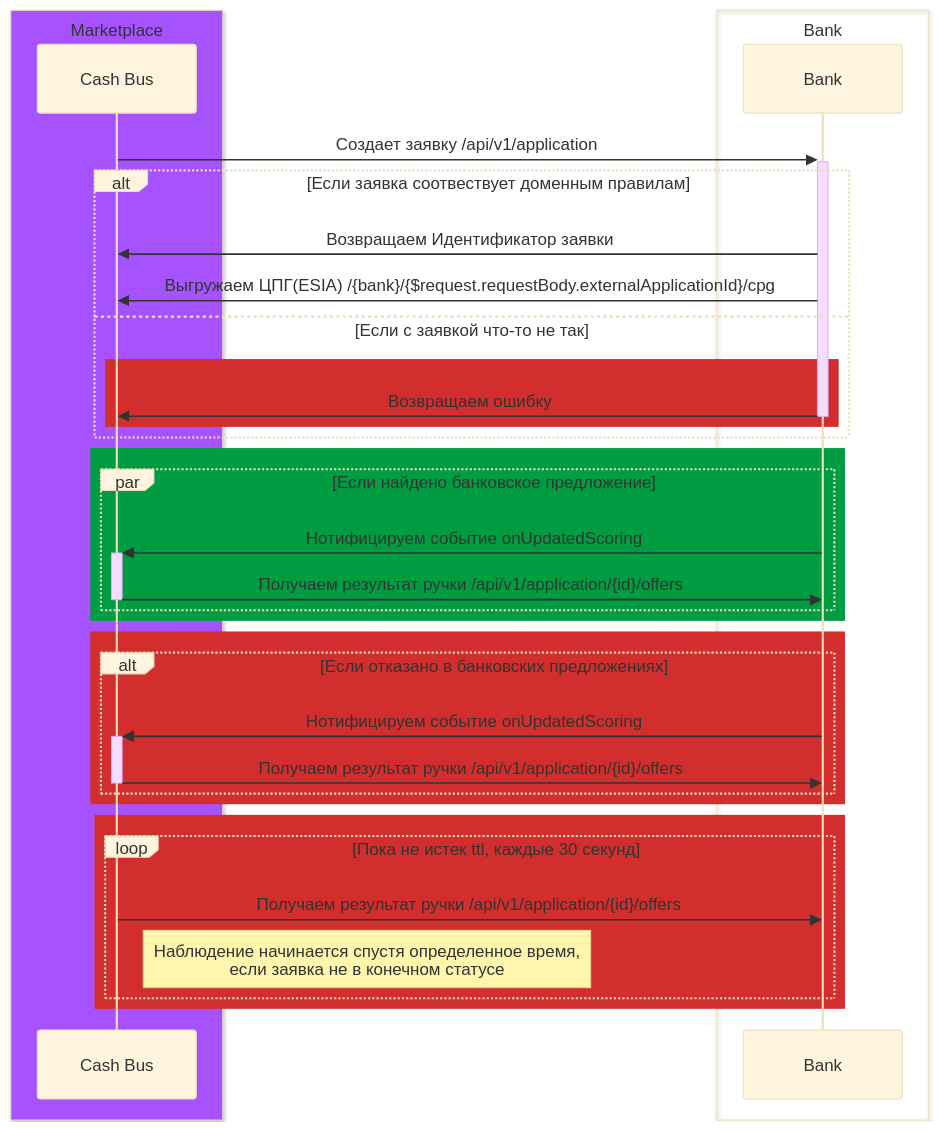
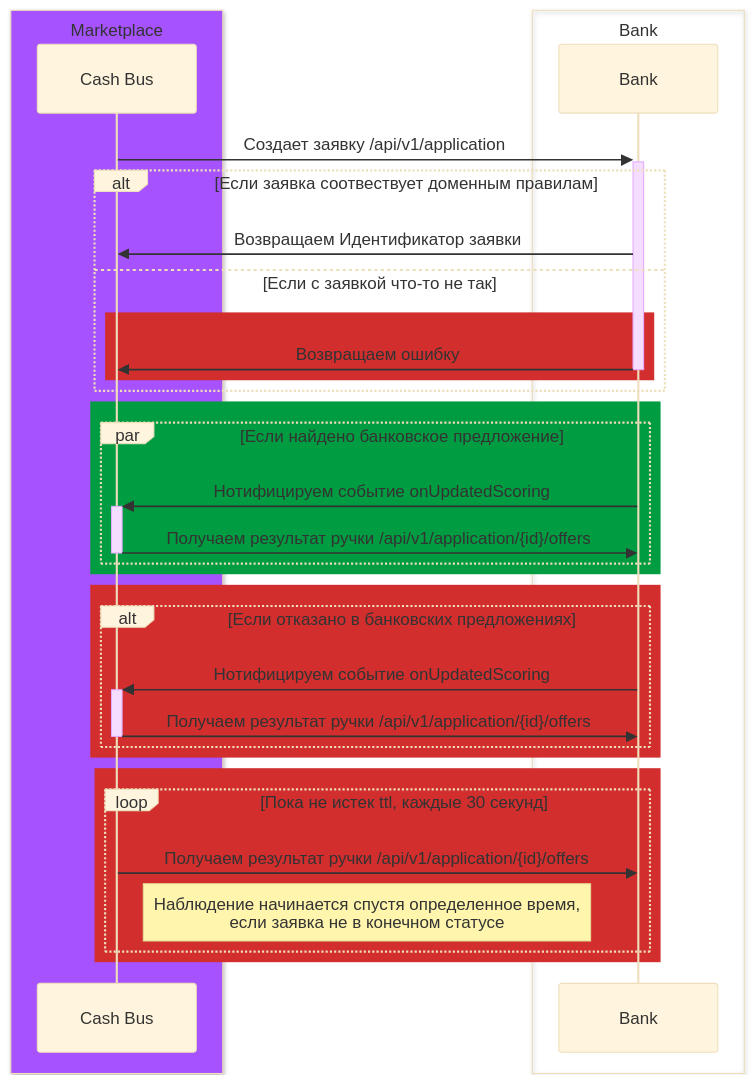
The first of 2 diagrams in workflow.md (VantaFinance/cash), drawn with Mermaid (base theme) before and after one commit. The commit also changed 2 other files, not shown here.

Commit message:
Update docs bank

````diff
--- a/workflow.md
+++ b/workflow.md
@@ -10,52 +10,51 @@
 ```mermaid
 sequenceDiagram
     
 box rgb(166,83, 266) Marketplace
     participant Cash Bus
 end
 
 box Bank
     participant Bank
 end
 
 
 
 Cash Bus->>+ Bank : Создает заявку /api/v1/application
 alt Если заявка соотвествует доменным правилам
     Bank->>Cash Bus: Возвращаем Идентификатор заявки
-    Bank->>Cash Bus: Выгружаем ЦПГ(ESIA) /{bank}/{$request.requestBody.externalApplicationId}/cpg
 else Если с заявкой что-то не так
     rect rgb(210, 46,46)
         Bank->>-Cash Bus: Возвращаем ошибку 
     end
 end
 
 
 
 rect rgb(0, 156, 65)
     par Если найдено банковское предложение
         Bank->>+Cash Bus: Нотифицируем событие onUpdatedScoring
         Cash Bus->>-Bank: Получаем результат ручки /api/v1/application/{id}/offers
     end
 end
 
 
 rect rgb(210, 46,46)
     alt Если отказано в банковских предложениях
         Bank->>+Cash Bus: Нотифицируем событие onUpdatedScoring
         Cash Bus->>-Bank: Получаем результат ручки /api/v1/application/{id}/offers
     end
 end
 
 
 
 rect rgb(210, 46,46)
     loop Пока не истек ttl, каждые 30 секунд
         Cash Bus->>Bank: Получаем результат ручки /api/v1/application/{id}/offers
         Note right of Cash Bus: Наблюдение начинается спустя определенное время,<br/> если заявка не в конечном статусе
     end    
 end
 
 
 
 ```
````
